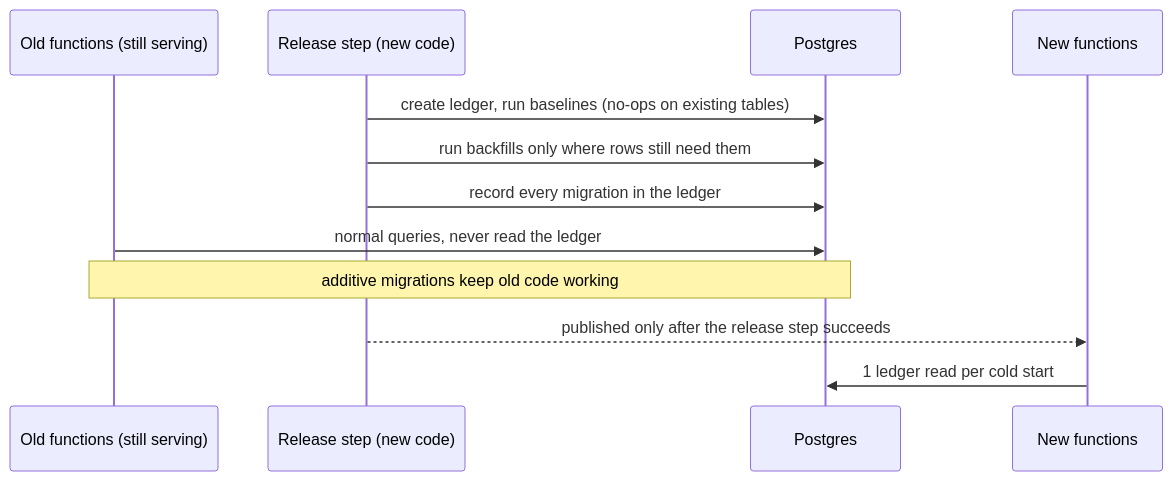
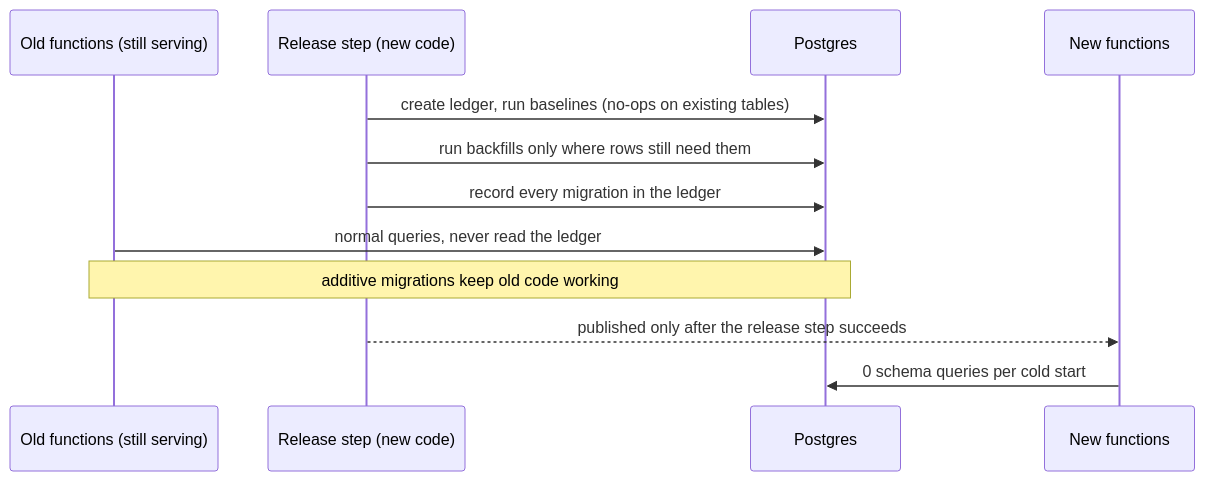
Before and after one commit to BuilderIO/agent-native: diagram 14 of 20 in docs/plans/2026-09-28-store-registry-schema-ownership.md, drawn with Mermaid. The commit also changed other lines of this file and 15 other files, not shown here.

First line of the commit message:
Move schema verification to the release step and add the upgrade test

````diff
--- a/docs/plans/2026-09-28-store-registry-schema-ownership.md
+++ b/docs/plans/2026-09-28-store-registry-schema-ownership.md
@@ -624,14 +610,14 @@
 ```mermaid
 sequenceDiagram
   participant Old as Old functions (still serving)
   participant Rel as Release step (new code)
   participant DB as Postgres
   participant New as New functions
   Rel->>DB: create ledger, run baselines (no-ops on existing tables)
   Rel->>DB: run backfills only where rows still need them
   Rel->>DB: record every migration in the ledger
   Old->>DB: normal queries, never read the ledger
   Note over Old,DB: additive migrations keep old code working
   Rel-->>New: published only after the release step succeeds
-  New->>DB: 1 ledger read per cold start
+  New->>DB: 0 schema queries per cold start
 ```
````
